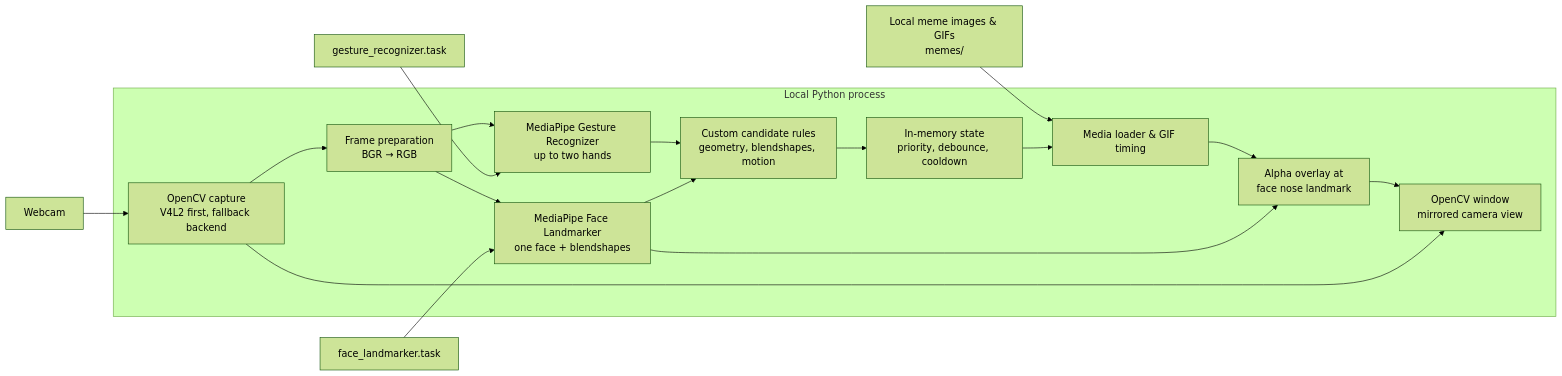
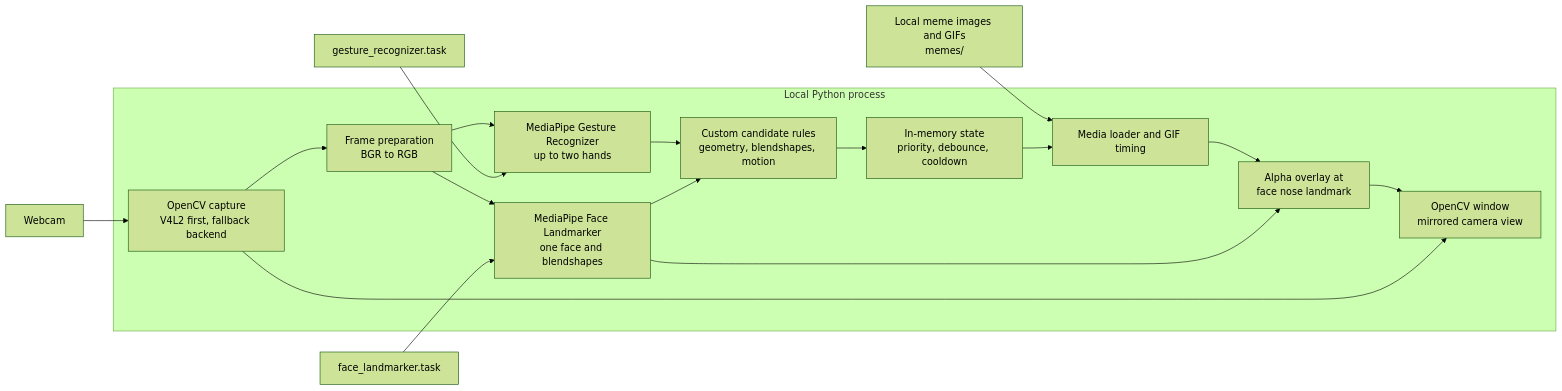
The first of 2 diagrams in README.md (BABAR-TAHSEEN55/reM), drawn with Mermaid (forest theme) before and after one commit. The commit also changed other lines of this file, not shown here.

Commit message:
fix: README Parsing issues fixed

````diff
--- a/README.md
+++ b/README.md
@@ -50,32 +50,32 @@
 ```mermaid
 flowchart LR
-    Camera[Webcam]
-    Assets[Local meme images & GIFs\nmemes/]
-    GestureModel[gesture_recognizer.task]
-    FaceModel[face_landmarker.task]
+    Camera["Webcam"]
+    Assets["Local meme images and GIFs<br/>memes/"]
+    GestureModel["gesture_recognizer.task"]
+    FaceModel["face_landmarker.task"]
 
-    subgraph App[Local Python process]
-        Capture[OpenCV capture\nV4L2 first, fallback backend]
-        Prepare[Frame preparation\nBGR → RGB]
-        Gesture[MediaPipe Gesture Recognizer\nup to two hands]
-        Face[MediaPipe Face Landmarker\none face + blendshapes]
-        Rules[Custom candidate rules\ngeometry, blendshapes, motion]
-        State[In-memory state\npriority, debounce, cooldown]
-        Media[Media loader & GIF timing]
-        Overlay[Alpha overlay at\nface nose landmark]
-        Display[OpenCV window\nmirrored camera view]
+    subgraph App["Local Python process"]
+        Capture["OpenCV capture<br/>V4L2 first, fallback backend"]
+        Prepare["Frame preparation<br/>BGR to RGB"]
+        Gesture["MediaPipe Gesture Recognizer<br/>up to two hands"]
+        Face["MediaPipe Face Landmarker<br/>one face and blendshapes"]
+        Rules["Custom candidate rules<br/>geometry, blendshapes, motion"]
+        State["In-memory state<br/>priority, debounce, cooldown"]
+        Media["Media loader and GIF timing"]
+        Overlay["Alpha overlay at<br/>face nose landmark"]
+        Display["OpenCV window<br/>mirrored camera view"]
     end
 
     Camera --> Capture --> Prepare
     Prepare --> Gesture
     Prepare --> Face
     GestureModel --> Gesture
     FaceModel --> Face
     Gesture --> Rules
     Face --> Rules
     Rules --> State
     Assets --> Media
     State --> Media --> Overlay --> Display
     Capture --> Display
     Face --> Overlay
 ```
````
